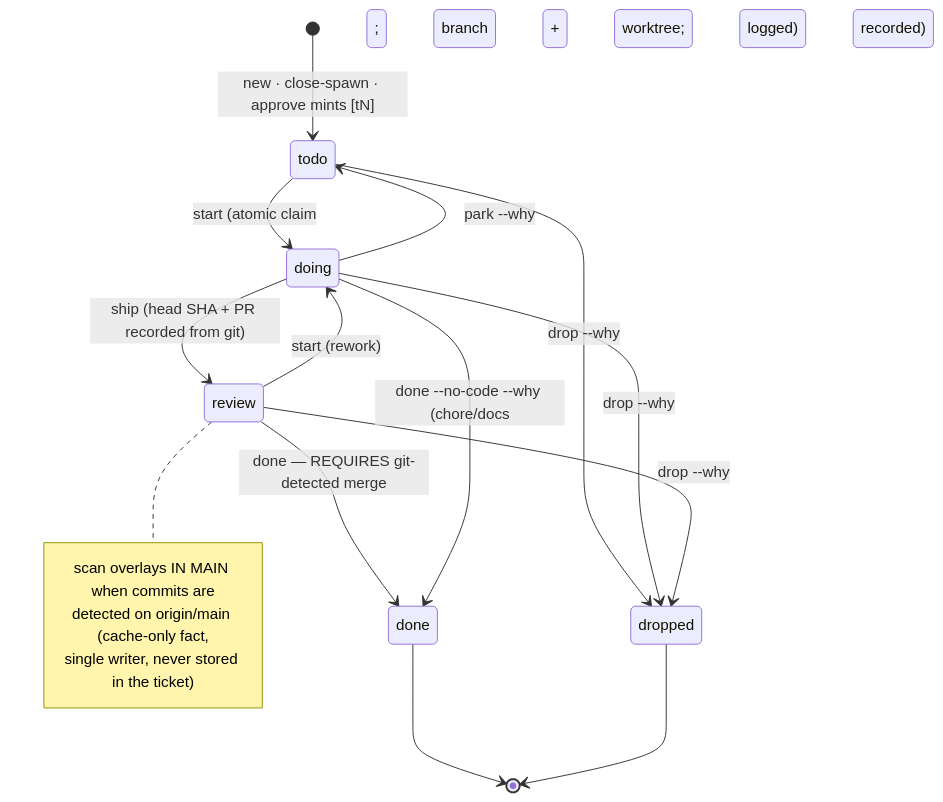
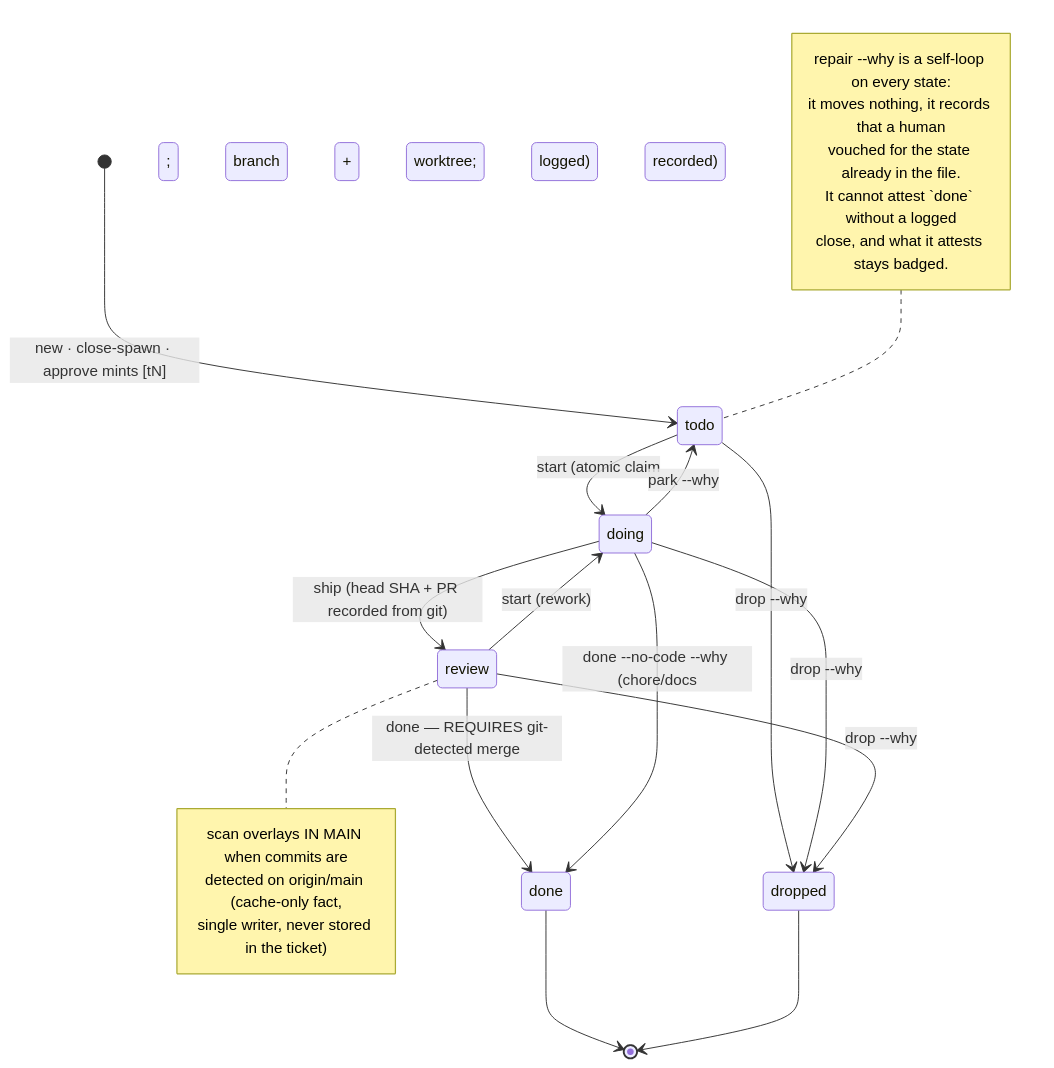
Before and after one commit to trevor-e/kanspec: the diagram in DESIGN.md, drawn with Mermaid. The commit also changed other lines of this file and 5 other files, not shown here.

````diff
--- a/DESIGN.md
+++ b/DESIGN.md
@@ -508,21 +511,29 @@
 ```mermaid
 stateDiagram-v2
     [*] --> todo: new · close-spawn · approve mints [tN]
     todo --> doing: start (atomic claim; branch + worktree; logged)
     doing --> todo: park --why
     doing --> review: ship (head SHA + PR recorded from git)
     review --> doing: start (rework)
     review --> done: done — REQUIRES git-detected merge
     doing --> done: done --no-code --why (chore/docs; recorded)
     todo --> dropped: drop --why
     doing --> dropped: drop --why
     review --> dropped: drop --why
     done --> [*]
     dropped --> [*]
 
     note right of review
       scan overlays IN MAIN when commits are
       detected on origin/main (cache-only fact,
       single writer, never stored in the ticket)
     end note
+
+    note left of todo
+      repair --why is a self-loop on every state:
+      it moves nothing, it records that a human
+      vouched for the state already in the file.
+      It cannot attest `done` without a logged
+      close, and what it attests stays badged.
+    end note
 ```
````
